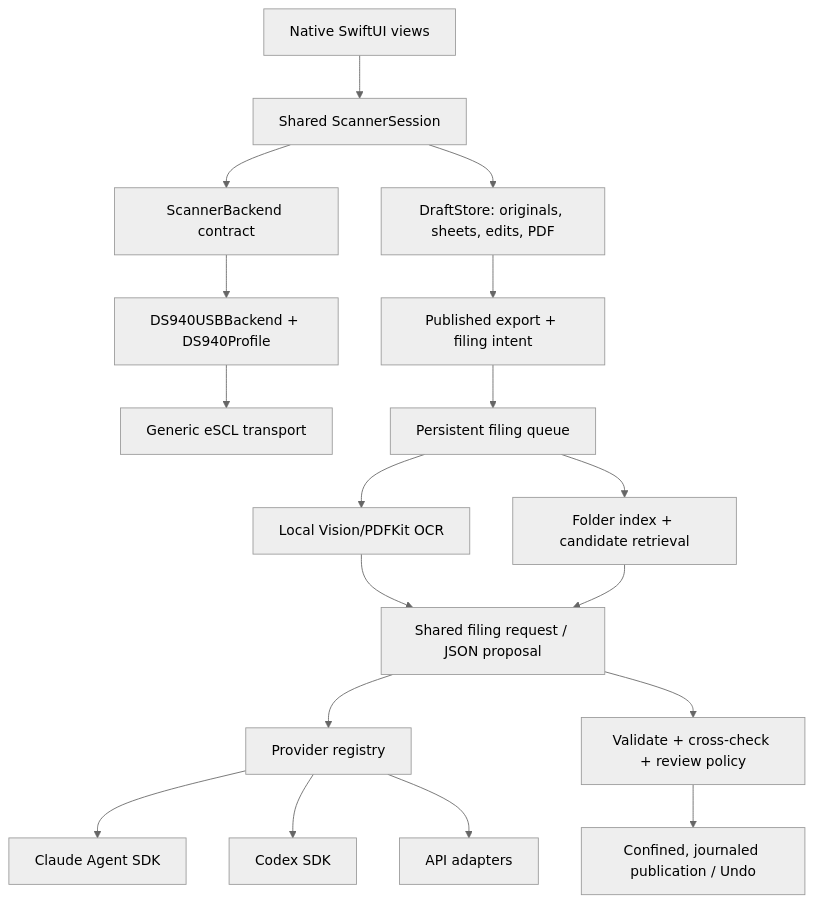
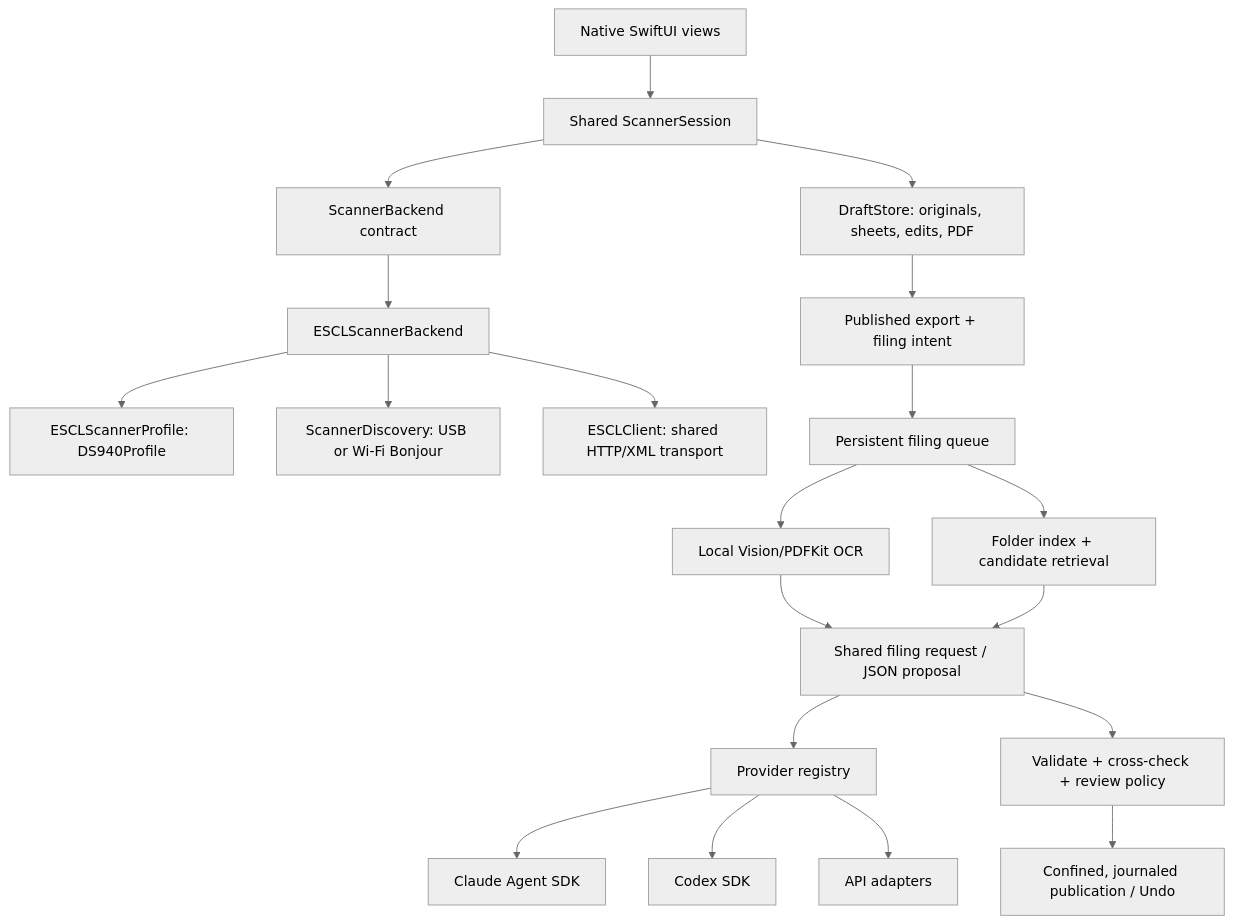
One commit to kellygold/paper-in changed the diagram in docs/architecture.md. Above: the diagram before and after it, drawn with Mermaid (neutral theme). The commit also changed other lines of this file and 19 other files, not shown here.

Commit message:
Add Wi-Fi discovery through the shared scanner workflow

````diff
--- a/docs/architecture.md
+++ b/docs/architecture.md
@@ -5,20 +5,22 @@
 ```mermaid
 flowchart TD
   UI[Native SwiftUI views] --> Session[Shared ScannerSession]
   Session --> Backend[ScannerBackend contract]
-  Backend --> DS[DS940USBBackend + DS940Profile]
-  DS --> ESCL[Generic eSCL transport]
+  Backend --> DS[ESCLScannerBackend]
+  DS --> Profile[ESCLScannerProfile: DS940Profile]
+  DS --> Discovery[ScannerDiscovery: USB or Wi-Fi Bonjour]
+  DS --> ESCL[ESCLClient: shared HTTP/XML transport]
   Session --> Store[DraftStore: originals, sheets, edits, PDF]
   Store --> Manifest[Published export + filing intent]
   Manifest --> Queue[Persistent filing queue]
   Queue --> OCR[Local Vision/PDFKit OCR]
   Queue --> Library[Folder index + candidate retrieval]
   OCR --> Request[Shared filing request / JSON proposal]
   Library --> Request
   Request --> Registry[Provider registry]
   Registry --> Claude[Claude Agent SDK]
   Registry --> Codex[Codex SDK]
   Registry --> API[API adapters]
   Request --> Review[Validate + cross-check + review policy]
   Review --> Files[Confined, journaled publication / Undo]
 ```
````
